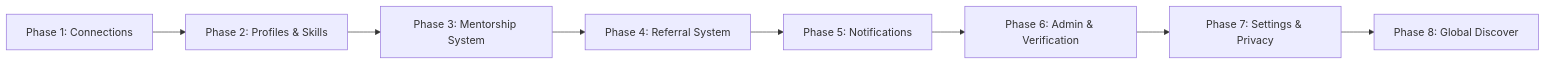
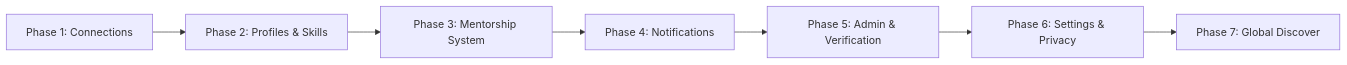
The diagram in IMPLEMENTATION_PLAN_PENDING_FEATURES.md (balahero03/Senior-SOS), drawn with Mermaid before and after one commit. The commit also changed other lines of this file and 25 other files, not shown here.

````diff
--- a/IMPLEMENTATION_PLAN_PENDING_FEATURES.md
+++ b/IMPLEMENTATION_PLAN_PENDING_FEATURES.md
@@ -226,10 +199,9 @@
 ```mermaid
 flowchart LR
     P1["Phase 1: Connections"] --> P2["Phase 2: Profiles & Skills"]
     P2 --> P3["Phase 3: Mentorship System"]
-    P3 --> P4["Phase 4: Referral System"]
-    P4 --> P5["Phase 5: Notifications"]
-    P5 --> P6["Phase 6: Admin & Verification"]
-    P6 --> P7["Phase 7: Settings & Privacy"]
-    P7 --> P8["Phase 8: Global Discover"]
+    P3 --> P4["Phase 4: Notifications"]
+    P4 --> P5["Phase 5: Admin & Verification"]
+    P5 --> P6["Phase 6: Settings & Privacy"]
+    P6 --> P7["Phase 7: Global Discover"]
 ```
````
